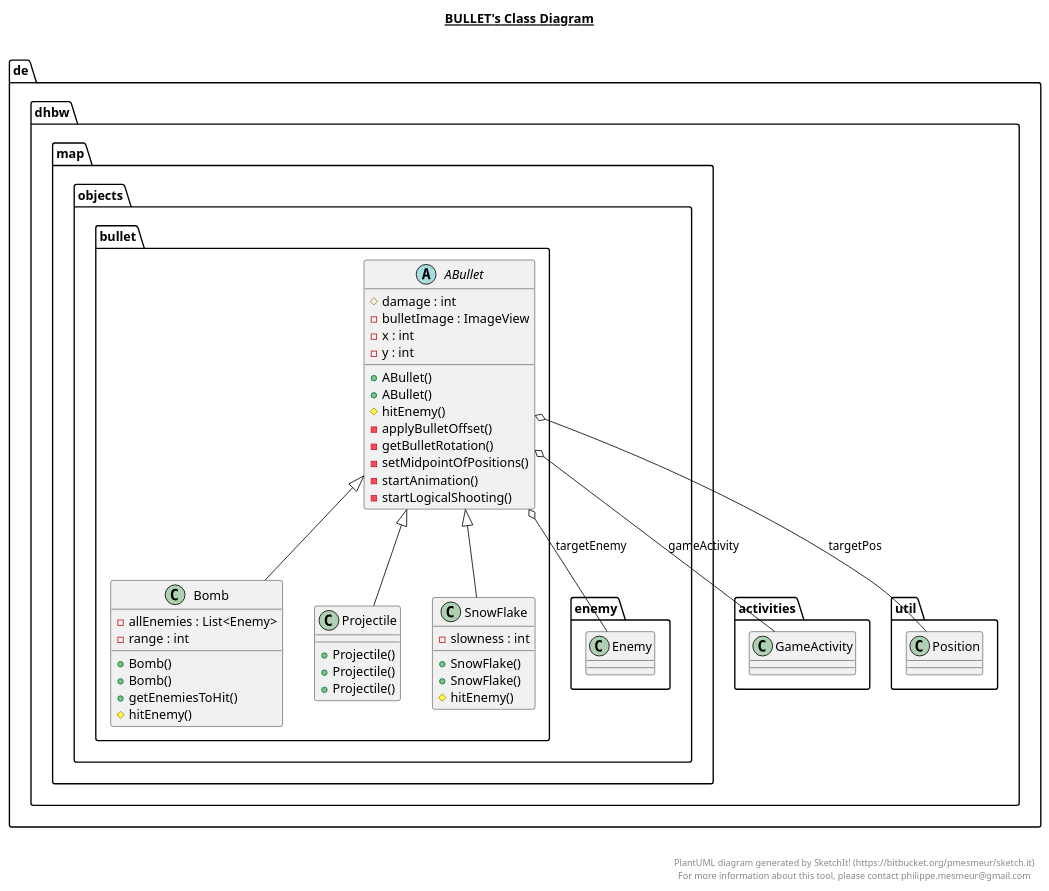
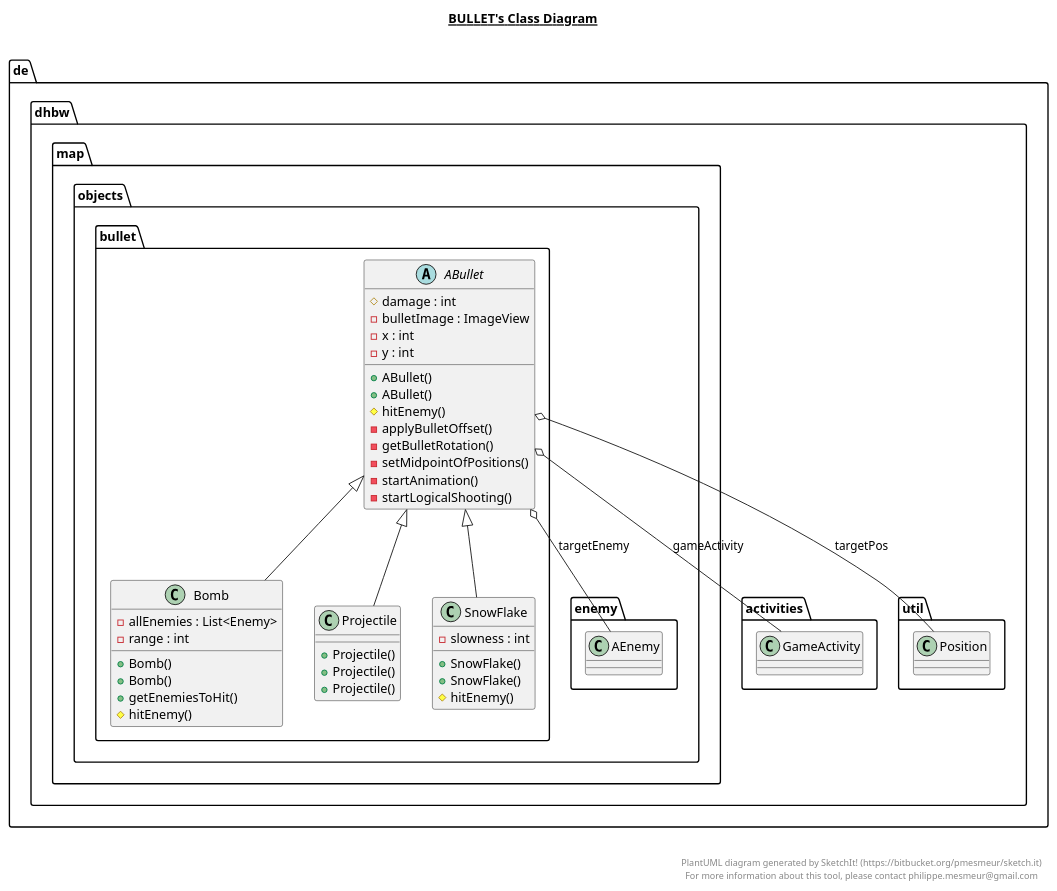
Before and after one commit to niwa99/Tower-Defense: the diagram in app/src/main/java/de/dhbw/map/objects/bullet/bullet.plantuml, drawn with PlantUML. The commit also changed 20 other files, not shown here.

Commit message:
[DHTD-105] rename Enemy to AEnemy

```diff
--- a/app/src/main/java/de/dhbw/map/objects/bullet/bullet.plantuml
+++ b/app/src/main/java/de/dhbw/map/objects/bullet/bullet.plantuml
@@ -1,77 +1,77 @@
 @startuml
 
 title __BULLET's Class Diagram__\n
 
   namespace de.dhbw {
     namespace map.objects.bullet {
       abstract class de.dhbw.map.objects.bullet.ABullet {
           # damage : int
           - bulletImage : ImageView
           - x : int
           - y : int
           + ABullet()
           + ABullet()
           # hitEnemy()
           - applyBulletOffset()
           - getBulletRotation()
           - setMidpointOfPositions()
           - startAnimation()
           - startLogicalShooting()
       }
     }
   }
   
 
   namespace de.dhbw {
     namespace map.objects.bullet {
       class de.dhbw.map.objects.bullet.Bomb {
           - allEnemies : List<Enemy>
           - range : int
           + Bomb()
           + Bomb()
           + getEnemiesToHit()
           # hitEnemy()
       }
     }
   }
   
 
   namespace de.dhbw {
     namespace map.objects.bullet {
       class de.dhbw.map.objects.bullet.Projectile {
           + Projectile()
           + Projectile()
           + Projectile()
       }
     }
   }
   
 
   namespace de.dhbw {
     namespace map.objects.bullet {
       class de.dhbw.map.objects.bullet.SnowFlake {
           - slowness : int
           + SnowFlake()
           + SnowFlake()
           # hitEnemy()
       }
     }
   }
   
 
-  de.dhbw.map.objects.bullet.ABullet o-- de.dhbw.map.objects.enemy.Enemy : targetEnemy
+  de.dhbw.map.objects.bullet.ABullet o-- de.dhbw.map.objects.enemy.AEnemy : targetEnemy
   de.dhbw.map.objects.bullet.ABullet o-- de.dhbw.activities.GameActivity : gameActivity
   de.dhbw.map.objects.bullet.ABullet o-- de.dhbw.util.Position : targetPos
   de.dhbw.map.objects.bullet.Bomb -up-|> de.dhbw.map.objects.bullet.ABullet
   de.dhbw.map.objects.bullet.Projectile -up-|> de.dhbw.map.objects.bullet.ABullet
   de.dhbw.map.objects.bullet.SnowFlake -up-|> de.dhbw.map.objects.bullet.ABullet
 
 
 right footer
 
 
 PlantUML diagram generated by SketchIt! (https://bitbucket.org/pmesmeur/sketch.it)
 For more information about this tool, please contact philippe.mesmeur@gmail.com
 endfooter
 
 @enduml
```
